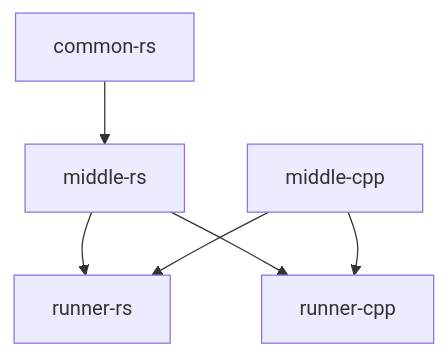
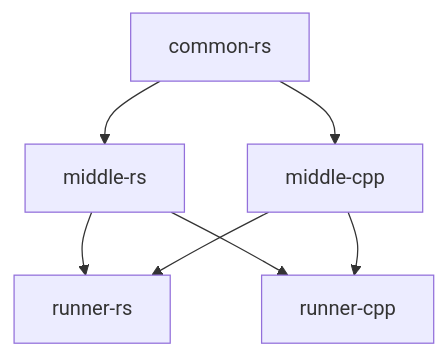
The diagram in README.md (hanhossain/rust-cxx-cmake), drawn with Mermaid before and after one commit. The commit also changed other lines of this file and 7 other files, not shown here.

Commit message:
common-rs from middle-cpp (plus simple struct)

````diff
--- a/README.md
+++ b/README.md
@@ -5,8 +5,9 @@
 ```mermaid
 graph TD
     common-rs --> middle-rs
+    common-rs --> middle-cpp
     middle-rs --> runner-rs
     middle-rs --> runner-cpp
     middle-cpp --> runner-cpp
     middle-cpp --> runner-rs
 ```
````
